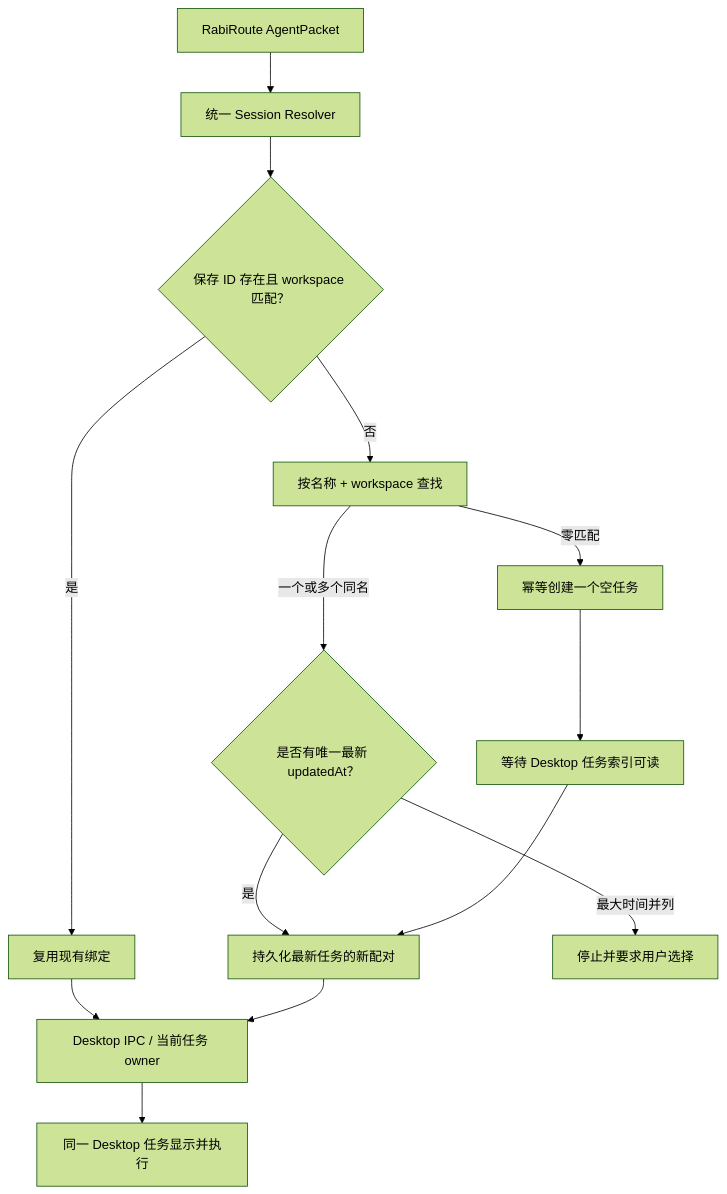
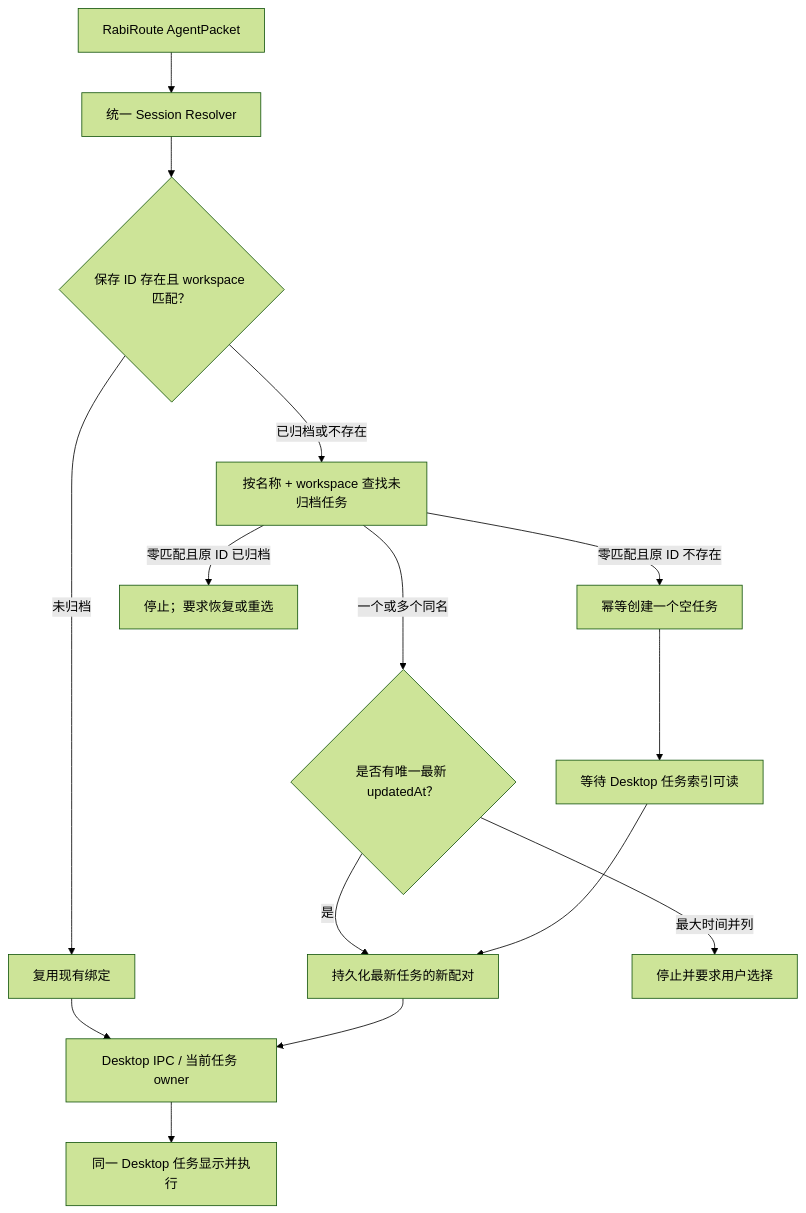
The diagram in docs/codex-desktop-agent-acceptance.md (vb2250158/RabiRoute), drawn with Mermaid (forest theme) before and after one commit. The commit also changed other lines of this file and 91 other files, not shown here.

````diff
--- a/docs/codex-desktop-agent-acceptance.md
+++ b/docs/codex-desktop-agent-acceptance.md
@@ -37,16 +37,17 @@
 ```mermaid
 flowchart TD
     R["RabiRoute AgentPacket"] --> S["统一 Session Resolver"]
     S --> V{"保存 ID 存在且 workspace 匹配？"}
-    V -->|"是"| B["复用现有绑定"]
-    V -->|"否"| L["按名称 + workspace 查找"]
+    V -->|"未归档"| B["复用现有绑定"]
+    V -->|"已归档或不存在"| L["按名称 + workspace 查找未归档任务"]
     L -->|"一个或多个同名"| N{"是否有唯一最新 updatedAt？"}
-    L -->|"零匹配"| C["幂等创建一个空任务"]
+    L -->|"零匹配且原 ID 不存在"| C["幂等创建一个空任务"]
+    L -->|"零匹配且原 ID 已归档"| E["停止；要求恢复或重选"]
     N -->|"是"| P["持久化最新任务的新配对"]
     N -->|"最大时间并列"| A["停止并要求用户选择"]
     C --> W["等待 Desktop 任务索引可读"]
     W --> P
     B --> D["Desktop IPC / 当前任务 owner"]
     P --> D
     D --> T["同一 Desktop 任务显示并执行"]
 ```
````
